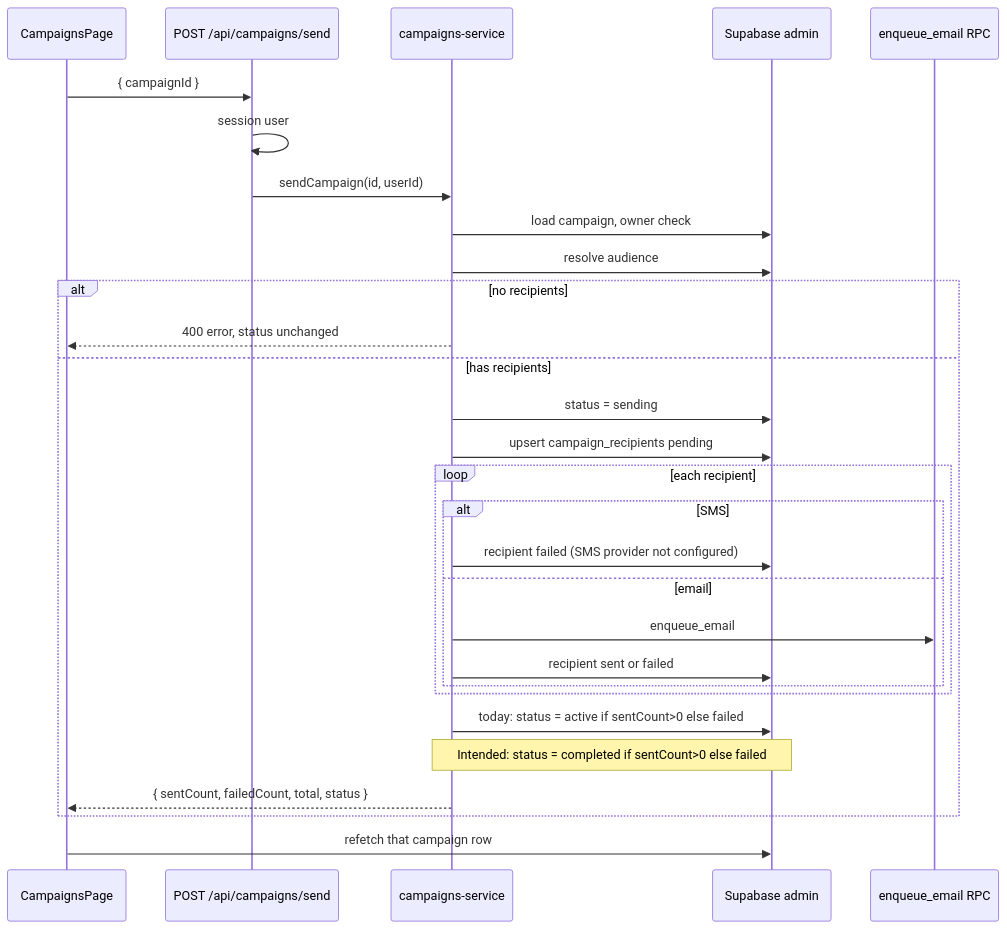
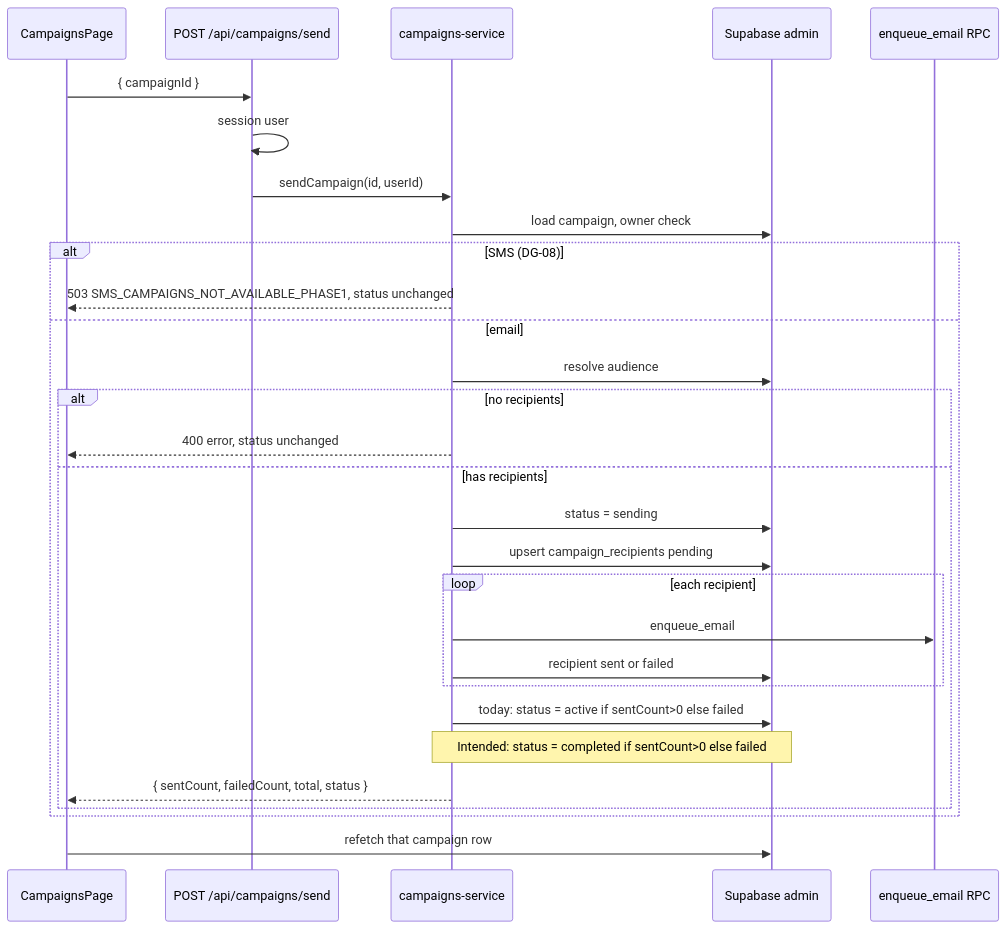
Before and after one commit to Ali-sherif/loyollo-web: the third of 5 diagrams in docs/frontend/campaigns-page.md, drawn with Mermaid. The commit also changed other lines of this file and 27 other files, not shown here.

First line of the commit message:
docs: update architecture documentation to reflect SMS campaign handling and business type taxonomy

````diff
--- a/docs/frontend/campaigns-page.md
+++ b/docs/frontend/campaigns-page.md
@@ -512,32 +512,32 @@
 ```mermaid
 sequenceDiagram
   participant UI as CampaignsPage
   participant BFF as POST /api/campaigns/send
   participant Svc as campaigns-service
   participant DB as Supabase admin
   participant Q as enqueue_email RPC
 
   UI->>BFF: { campaignId }
   BFF->>BFF: session user
   BFF->>Svc: sendCampaign(id, userId)
   Svc->>DB: load campaign, owner check
-  Svc->>DB: resolve audience
-  alt no recipients
-    Svc-->>UI: 400 error, status unchanged
-  else has recipients
-    Svc->>DB: status = sending
-    Svc->>DB: upsert campaign_recipients pending
-    loop each recipient
-      alt SMS
-        Svc->>DB: recipient failed (SMS provider not configured)
-      else email
+  alt SMS (DG-08)
+    Svc-->>UI: 503 SMS_CAMPAIGNS_NOT_AVAILABLE_PHASE1, status unchanged
+  else email
+    Svc->>DB: resolve audience
+    alt no recipients
+      Svc-->>UI: 400 error, status unchanged
+    else has recipients
+      Svc->>DB: status = sending
+      Svc->>DB: upsert campaign_recipients pending
+      loop each recipient
         Svc->>Q: enqueue_email
         Svc->>DB: recipient sent or failed
       end
+      Svc->>DB: today: status = active if sentCount>0 else failed
+      Note over Svc,DB: Intended: status = completed if sentCount>0 else failed
+      Svc-->>UI: { sentCount, failedCount, total, status }
     end
-    Svc->>DB: today: status = active if sentCount>0 else failed
-    Note over Svc,DB: Intended: status = completed if sentCount>0 else failed
-    Svc-->>UI: { sentCount, failedCount, total, status }
   end
   UI->>DB: refetch that campaign row
 ```
````
